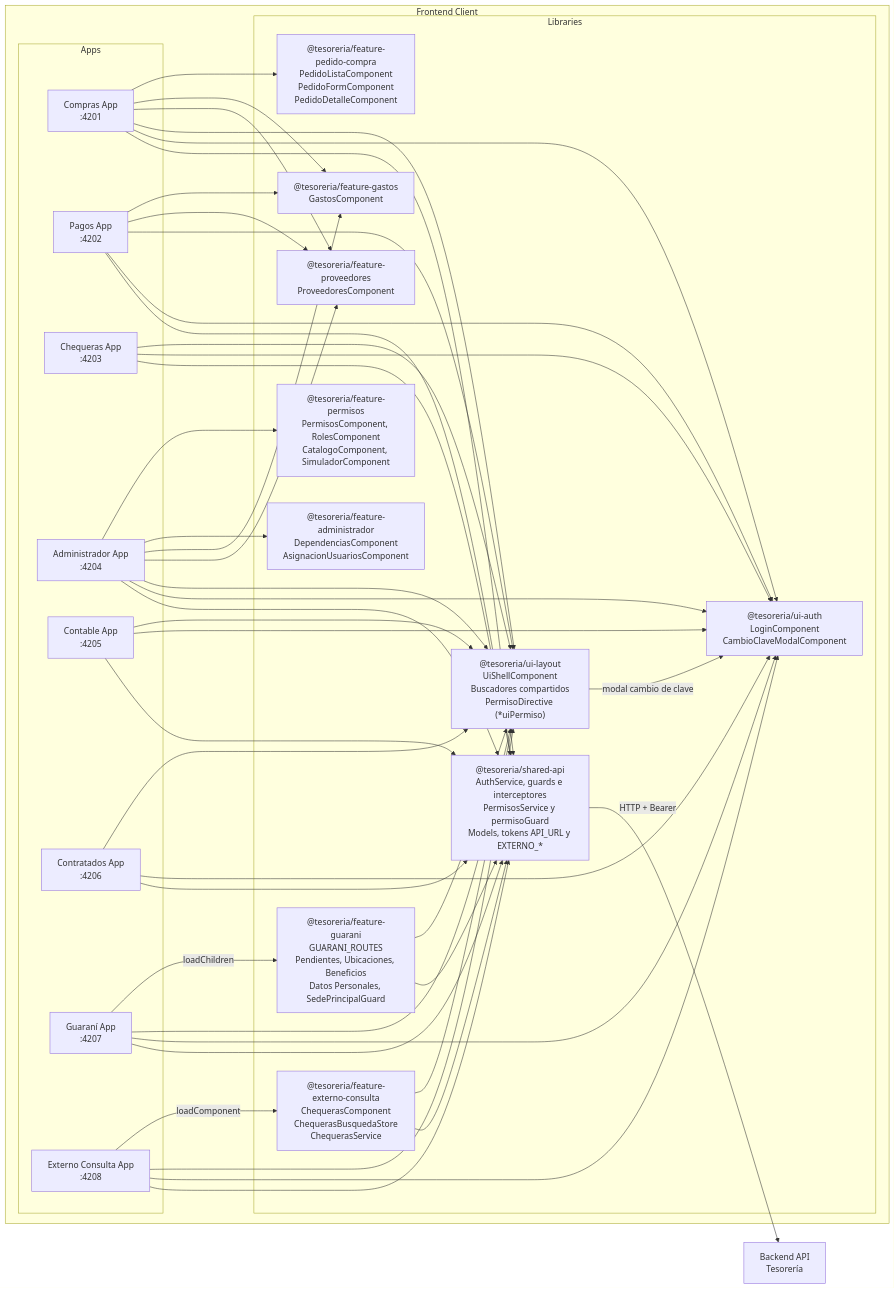
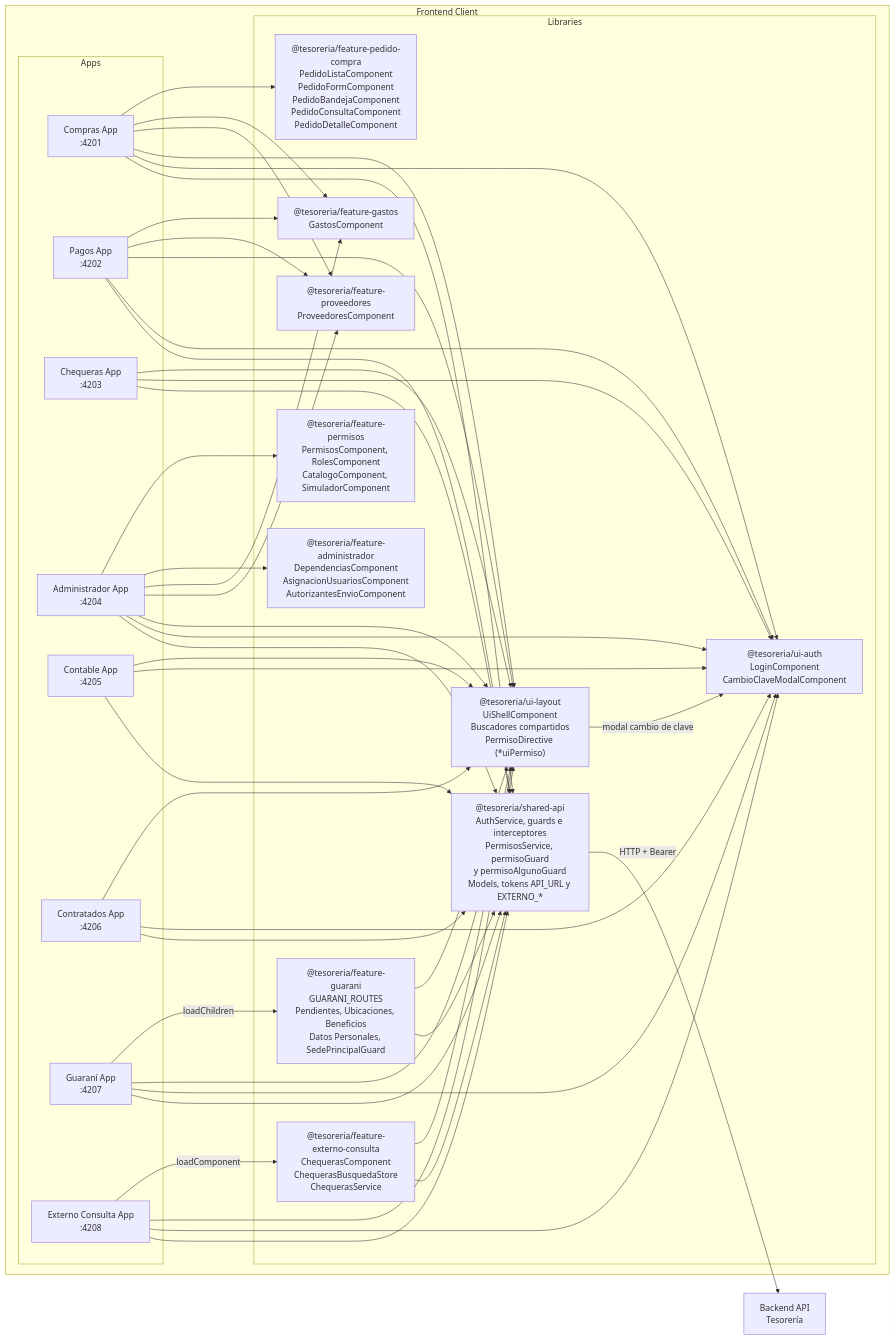
The first of 7 diagrams in docs/architecture.md (UM-services/UM.tesoreria.frontend-client), drawn with Mermaid before and after one commit. The commit also changed other lines of this file and 1 other file, not shown here.

First line of the commit message:
docs: reflejar bandeja, consulta y autorizantes

````diff
--- a/docs/architecture.md
+++ b/docs/architecture.md
@@ -5,79 +5,79 @@
 ```mermaid
     flowchart LR
     subgraph "Frontend Client"
         subgraph "Apps"
             Compras["Compras App<br/>:4201"]
             Pagos["Pagos App<br/>:4202"]
             Chequeras["Chequeras App<br/>:4203"]
             Admin["Administrador App<br/>:4204"]
             Contable["Contable App<br/>:4205"]
             Contratados["Contratados App<br/>:4206"]
             Guarani["Guaraní App<br/>:4207"]
             ExternoConsulta["Externo Consulta App<br/>:4208"]
         end
 
         subgraph "Libraries"
-            SharedAPI["@tesoreria/shared-api<br/>AuthService, guards e interceptores<br/>PermisosService y permisoGuard<br/>Models, tokens API_URL y EXTERNO_*"]
+            SharedAPI["@tesoreria/shared-api<br/>AuthService, guards e interceptores<br/>PermisosService, permisoGuard<br/>y permisoAlgunoGuard<br/>Models, tokens API_URL y EXTERNO_*"]
             UIAuth["@tesoreria/ui-auth<br/>LoginComponent<br/>CambioClaveModalComponent"]
             UILayout["@tesoreria/ui-layout<br/>UiShellComponent<br/>Buscadores compartidos<br/>PermisoDirective (*uiPermiso)"]
             FeatureProveedores["@tesoreria/feature-proveedores<br/>ProveedoresComponent"]
             FeatureGastos["@tesoreria/feature-gastos<br/>GastosComponent"]
-            FeaturePedidoCompra["@tesoreria/feature-pedido-compra<br/>PedidoListaComponent<br/>PedidoFormComponent<br/>PedidoDetalleComponent"]
-            FeatureAdministrador["@tesoreria/feature-administrador<br/>DependenciasComponent<br/>AsignacionUsuariosComponent"]
+            FeaturePedidoCompra["@tesoreria/feature-pedido-compra<br/>PedidoListaComponent<br/>PedidoFormComponent<br/>PedidoBandejaComponent<br/>PedidoConsultaComponent<br/>PedidoDetalleComponent"]
+            FeatureAdministrador["@tesoreria/feature-administrador<br/>DependenciasComponent<br/>AsignacionUsuariosComponent<br/>AutorizantesEnvioComponent"]
             FeaturePermisos["@tesoreria/feature-permisos<br/>PermisosComponent, RolesComponent<br/>CatalogoComponent, SimuladorComponent"]
             FeatureGuarani["@tesoreria/feature-guarani<br/>GUARANI_ROUTES<br/>Pendientes, Ubicaciones, Beneficios<br/>Datos Personales, SedePrincipalGuard"]
             FeatureExterno["@tesoreria/feature-externo-consulta<br/>ChequerasComponent<br/>ChequerasBusquedaStore<br/>ChequerasService"]
         end
     end
 
     Compras --> SharedAPI
     Compras --> UIAuth
     Compras --> UILayout
     Compras --> FeatureProveedores
     Compras --> FeatureGastos
     Compras --> FeaturePedidoCompra
 
     Pagos --> SharedAPI
     Pagos --> UIAuth
     Pagos --> UILayout
     Pagos --> FeatureProveedores
     Pagos --> FeatureGastos
 
     Chequeras --> SharedAPI
     Chequeras --> UIAuth
     Chequeras --> UILayout
 
     Admin --> SharedAPI
     Admin --> UIAuth
     Admin --> UILayout
     Admin --> FeatureProveedores
     Admin --> FeatureGastos
     Admin --> FeatureAdministrador
     Admin --> FeaturePermisos
 
     Contable --> SharedAPI
     Contable --> UIAuth
     Contable --> UILayout
 
     Contratados --> SharedAPI
     Contratados --> UIAuth
     Contratados --> UILayout
 
     Guarani --> SharedAPI
     Guarani --> UIAuth
     Guarani --> UILayout
     Guarani -->|"loadChildren"| FeatureGuarani
     FeatureGuarani --> SharedAPI
     FeatureGuarani --> UILayout
 
     ExternoConsulta --> SharedAPI
     ExternoConsulta --> UIAuth
     ExternoConsulta --> UILayout
     ExternoConsulta -->|"loadComponent"| FeatureExterno
     FeatureExterno --> SharedAPI
     FeatureExterno --> UILayout
 
     UILayout -->|"modal cambio de clave"| UIAuth
 
     SharedAPI -->|"HTTP + Bearer"| BackendAPI["Backend API<br/>Tesorería"]
 ```
````
